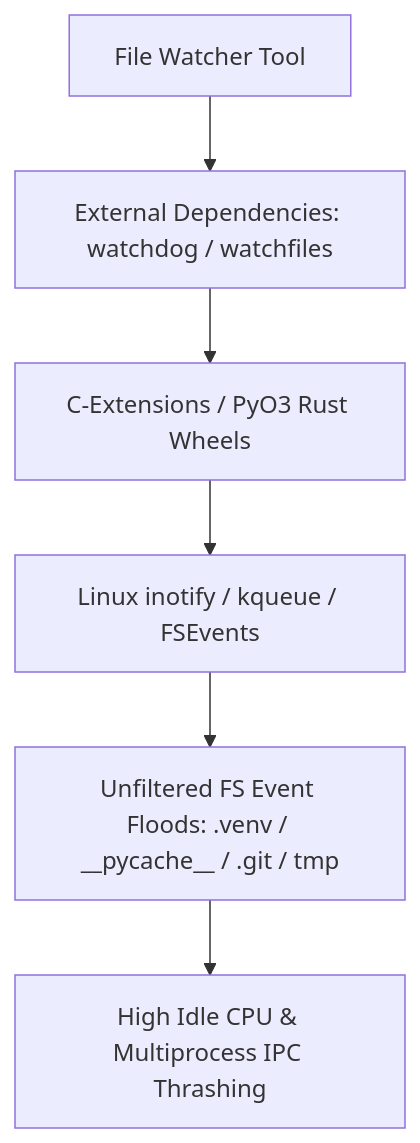
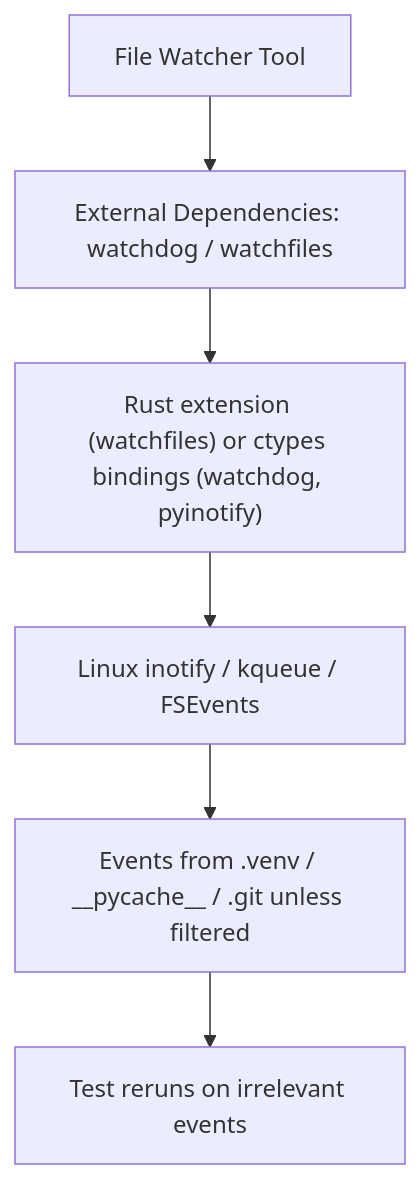
The first of 2 diagrams in observations/systems/03-event-driven-file-watchers-and-continuous-invariant-loops.md (dan-petty/vibes), drawn with Mermaid before and after one commit. The commit also changed other lines of this file and 248 other files, not shown here.

````diff
--- a/observations/systems/03-event-driven-file-watchers-and-continuous-invariant-loops.md
+++ b/observations/systems/03-event-driven-file-watchers-and-continuous-invariant-loops.md
@@ -42,8 +42,8 @@
 ```mermaid
 flowchart TD
     App[File Watcher Tool] --> Deps[External Dependencies: watchdog / watchfiles]
-    Deps --> Native[C-Extensions / PyO3 Rust Wheels]
+    Deps --> Native["Rust extension (watchfiles) or ctypes bindings (watchdog, pyinotify)"]
     Native --> Inotify[Linux inotify / kqueue / FSEvents]
-    Inotify --> Thrash[Unfiltered FS Event Floods: .venv / __pycache__ / .git / tmp]
-    Thrash --> CPUSpike[High Idle CPU & Multiprocess IPC Thrashing]
+    Inotify --> Thrash["Events from .venv / __pycache__ / .git unless filtered"]
+    Thrash --> CPUSpike["Test reruns on irrelevant events"]
 ```
````
